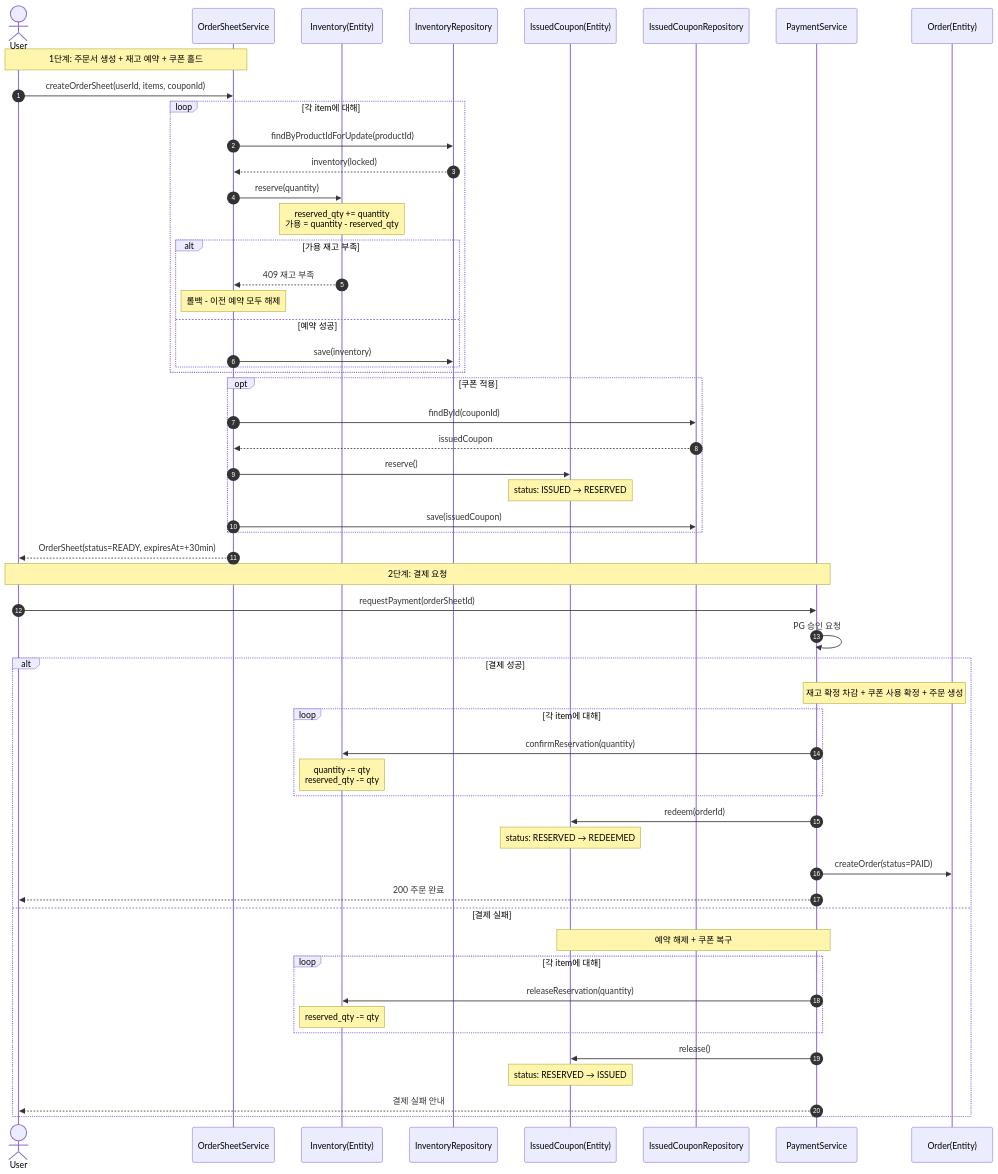
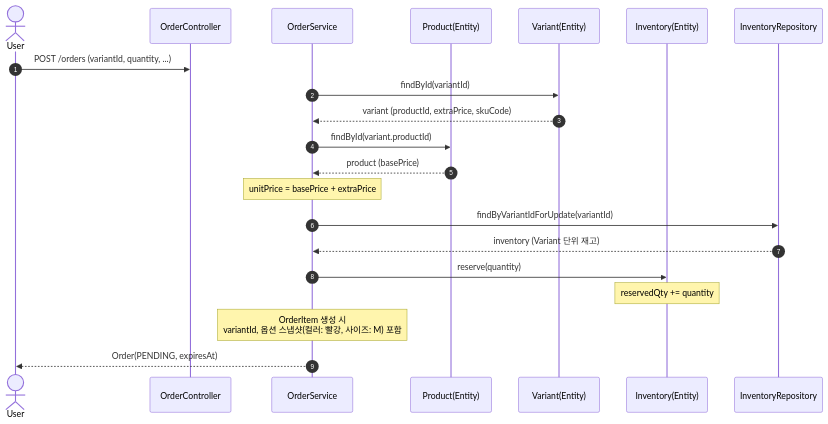
One commit to Loopers-dev-lab/loop-pack-be-l2-vol3-java changed the first of 2 diagrams in .docs/design/future/02-sequence-diagrams-expansion.md. Above: the diagram before and after it, drawn with Mermaid. The commit also changed other lines of this file and 3 other files, not shown here.

````diff
--- a/.docs/design/future/02-sequence-diagrams-expansion.md
+++ b/.docs/design/future/02-sequence-diagrams-expansion.md
@@ -11,65 +12,30 @@
 ```mermaid
 sequenceDiagram
   autonumber
   actor User
-  participant Service as OrderSheetService
+  participant Controller as OrderController
+  participant Service as OrderService
+  participant Product as Product(Entity)
+  participant Variant as Variant(Entity)
   participant Inventory as Inventory(Entity)
   participant InvRepo as InventoryRepository
-  participant Coupon as IssuedCoupon(Entity)
-  participant CouponRepo as IssuedCouponRepository
-  participant Payment as PaymentService
-  participant Order as Order(Entity)
 
-  Note over User,Service: 1단계: 주문서 생성 + 재고 예약 + 쿠폰 홀드
+  User->>Controller: POST /orders (variantId, quantity, ...)
 
-  User->>Service: createOrderSheet(userId, items, couponId)
-  loop 각 item에 대해
-    Service->>InvRepo: findByProductIdForUpdate(productId)
-    InvRepo-->>Service: inventory(locked)
-    Service->>Inventory: reserve(quantity)
-    Note over Inventory: reserved_qty += quantity<br/>가용 = quantity - reserved_qty
-    alt 가용 재고 부족
-      Inventory-->>Service: 409 재고 부족
-      Note over Service: 롤백 - 이전 예약 모두 해제
-    else 예약 성공
-      Service->>InvRepo: save(inventory)
-    end
-  end
+  Service->>Variant: findById(variantId)
+  Variant-->>Service: variant (productId, extraPrice, skuCode)
 
-  opt 쿠폰 적용
-    Service->>CouponRepo: findById(couponId)
-    CouponRepo-->>Service: issuedCoupon
-    Service->>Coupon: reserve()
-    Note over Coupon: status: ISSUED → RESERVED
-    Service->>CouponRepo: save(issuedCoupon)
-  end
+  Service->>Product: findById(variant.productId)
+  Product-->>Service: product (basePrice)
 
-  Service-->>User: OrderSheet(status=READY, expiresAt=+30min)
+  Note over Service: unitPrice = basePrice + extraPrice
 
-  Note over User,Payment: 2단계: 결제 요청
+  Service->>InvRepo: findByVariantIdForUpdate(variantId)
+  InvRepo-->>Service: inventory (Variant 단위 재고)
+  Service->>Inventory: reserve(quantity)
+  Note over Inventory: reservedQty += quantity
 
-  User->>Payment: requestPayment(orderSheetId)
-  Payment->>Payment: PG 승인 요청
+  Note over Service: OrderItem 생성 시<br/>variantId, 옵션 스냅샷(컬러: 빨강, 사이즈: M) 포함
 
-  alt 결제 성공
-    Note over Payment,Order: 재고 확정 차감 + 쿠폰 사용 확정 + 주문 생성
-    loop 각 item에 대해
-      Payment->>Inventory: confirmReservation(quantity)
-      Note over Inventory: quantity -= qty<br/>reserved_qty -= qty
-    end
-    Payment->>Coupon: redeem(orderId)
-    Note over Coupon: status: RESERVED → REDEEMED
-    Payment->>Order: createOrder(status=PAID)
-    Payment-->>User: 200 주문 완료
-
-  else 결제 실패
-    Note over Payment,Coupon: 예약 해제 + 쿠폰 복구
-    loop 각 item에 대해
-      Payment->>Inventory: releaseReservation(quantity)
-      Note over Inventory: reserved_qty -= qty
-    end
-    Payment->>Coupon: release()
-    Note over Coupon: status: RESERVED → ISSUED
-    Payment-->>User: 결제 실패 안내
-  end
+  Service-->>User: Order(PENDING, expiresAt)
 ```
````
